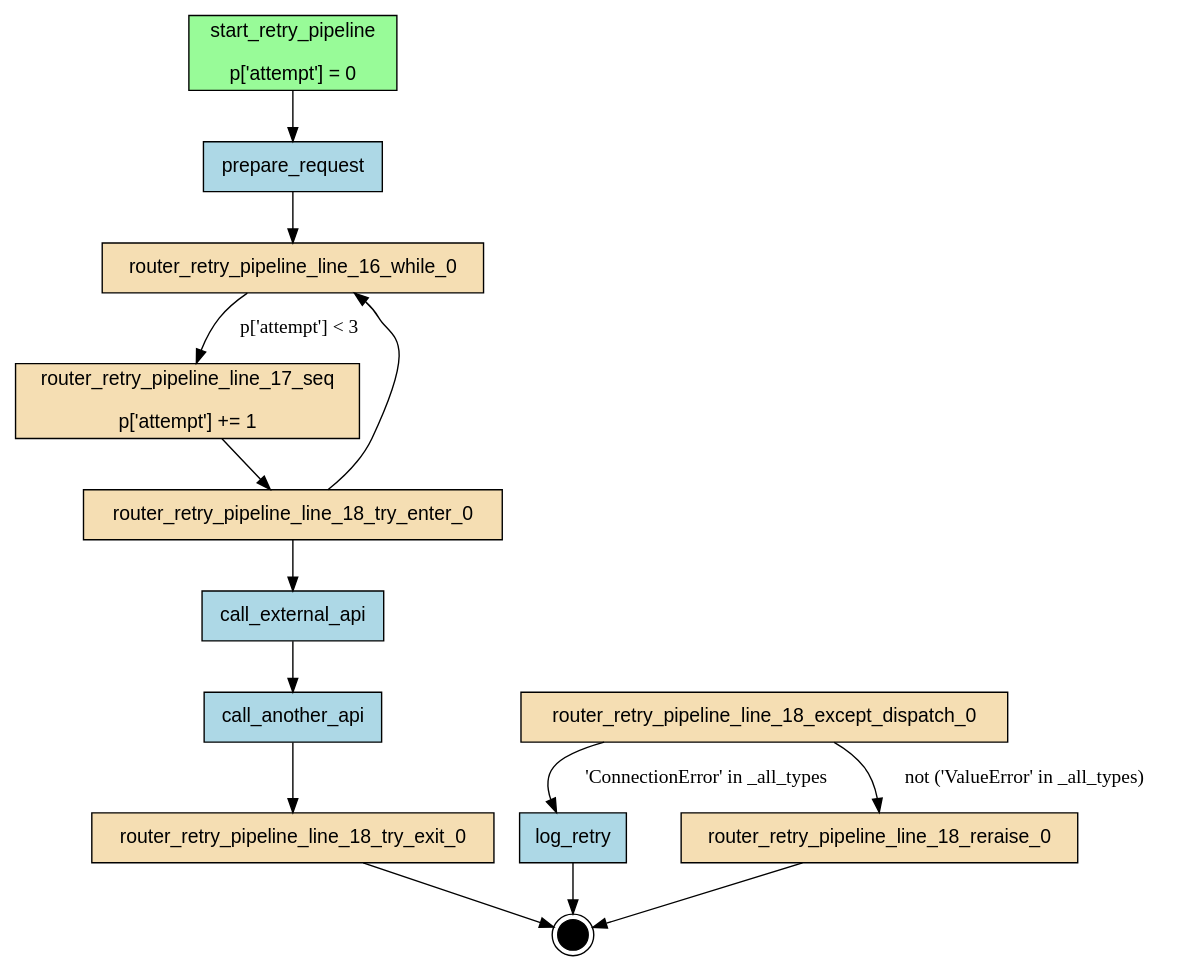
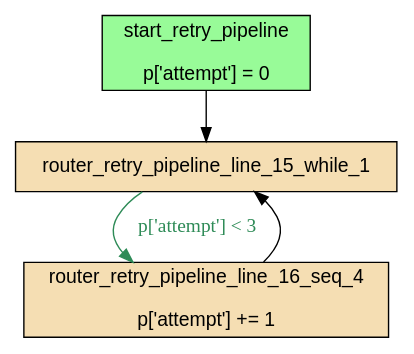
The diagram in examples/flows/compiled/try_except_retry_loop/flow.dot (deliveryhero/asya), drawn with Graphviz before and after one commit. The commit also changed 1302 other files, not shown here.

First line of the commit message:
feat(compiler): try/except support via sidecar retryRules [3dp2] (#346)

```diff
--- a/examples/flows/compiled/try_except_retry_loop/flow.dot
+++ b/examples/flows/compiled/try_except_retry_loop/flow.dot
@@ -1,34 +1,14 @@
-digraph "try_except_retry_loop" {
+digraph "retry_pipeline" {
     rankdir=TB;
     node [shape=box, style=filled, fontname="Helvetica"];
 
     { rank=source; start_retry_pipeline; }
 
-    call_another_api [label="call_another_api", fillcolor=lightblue];
-    call_external_api [label="call_external_api", fillcolor=lightblue];
-    log_retry [label="log_retry", fillcolor=lightblue];
-    prepare_request [label="prepare_request", fillcolor=lightblue];
-    router_retry_pipeline_line_16_while_0 [label="router_retry_pipeline_line_16_while_0", fillcolor=wheat];
-    router_retry_pipeline_line_17_seq [label="router_retry_pipeline_line_17_seq\n\np['attempt'] += 1", fillcolor=wheat];
-    router_retry_pipeline_line_18_except_dispatch_0 [label="router_retry_pipeline_line_18_except_dispatch_0", fillcolor=wheat];
-    router_retry_pipeline_line_18_reraise_0 [label="router_retry_pipeline_line_18_reraise_0", fillcolor=wheat];
-    router_retry_pipeline_line_18_try_enter_0 [label="router_retry_pipeline_line_18_try_enter_0", fillcolor=wheat];
-    router_retry_pipeline_line_18_try_exit_0 [label="router_retry_pipeline_line_18_try_exit_0", fillcolor=wheat];
+    router_retry_pipeline_line_15_while_1 [label="router_retry_pipeline_line_15_while_1", fillcolor=wheat];
+    router_retry_pipeline_line_16_seq_4 [label="router_retry_pipeline_line_16_seq_4\n\np['attempt'] += 1", fillcolor=wheat];
     start_retry_pipeline [label="start_retry_pipeline\n\np['attempt'] = 0", fillcolor=palegreen];
 
-    __end__ [label="", shape=doublecircle, fillcolor=black, width=0.3, fixedsize=true];
-
-    start_retry_pipeline -> prepare_request;
-    prepare_request -> router_retry_pipeline_line_16_while_0;
-    router_retry_pipeline_line_18_try_enter_0 -> call_external_api;
-    call_external_api -> call_another_api;
-    call_another_api -> router_retry_pipeline_line_18_try_exit_0;
-    router_retry_pipeline_line_18_except_dispatch_0 -> log_retry [label="'ConnectionError' in _all_types"];
-    router_retry_pipeline_line_18_except_dispatch_0 -> router_retry_pipeline_line_18_reraise_0 [label="not ('ValueError' in _all_types)"];
-    router_retry_pipeline_line_17_seq -> router_retry_pipeline_line_18_try_enter_0;
-    router_retry_pipeline_line_16_while_0 -> router_retry_pipeline_line_17_seq [label="p['attempt'] < 3"];
-    router_retry_pipeline_line_18_try_enter_0 -> router_retry_pipeline_line_16_while_0;
-    log_retry -> __end__;
-    router_retry_pipeline_line_18_reraise_0 -> __end__;
-    router_retry_pipeline_line_18_try_exit_0 -> __end__;
+    start_retry_pipeline -> router_retry_pipeline_line_15_while_1;
+    router_retry_pipeline_line_15_while_1 -> router_retry_pipeline_line_16_seq_4 [label="p['attempt'] < 3", color="#2E8B57", fontcolor="#2E8B57"];
+    router_retry_pipeline_line_16_seq_4 -> router_retry_pipeline_line_15_while_1;
 }
```
